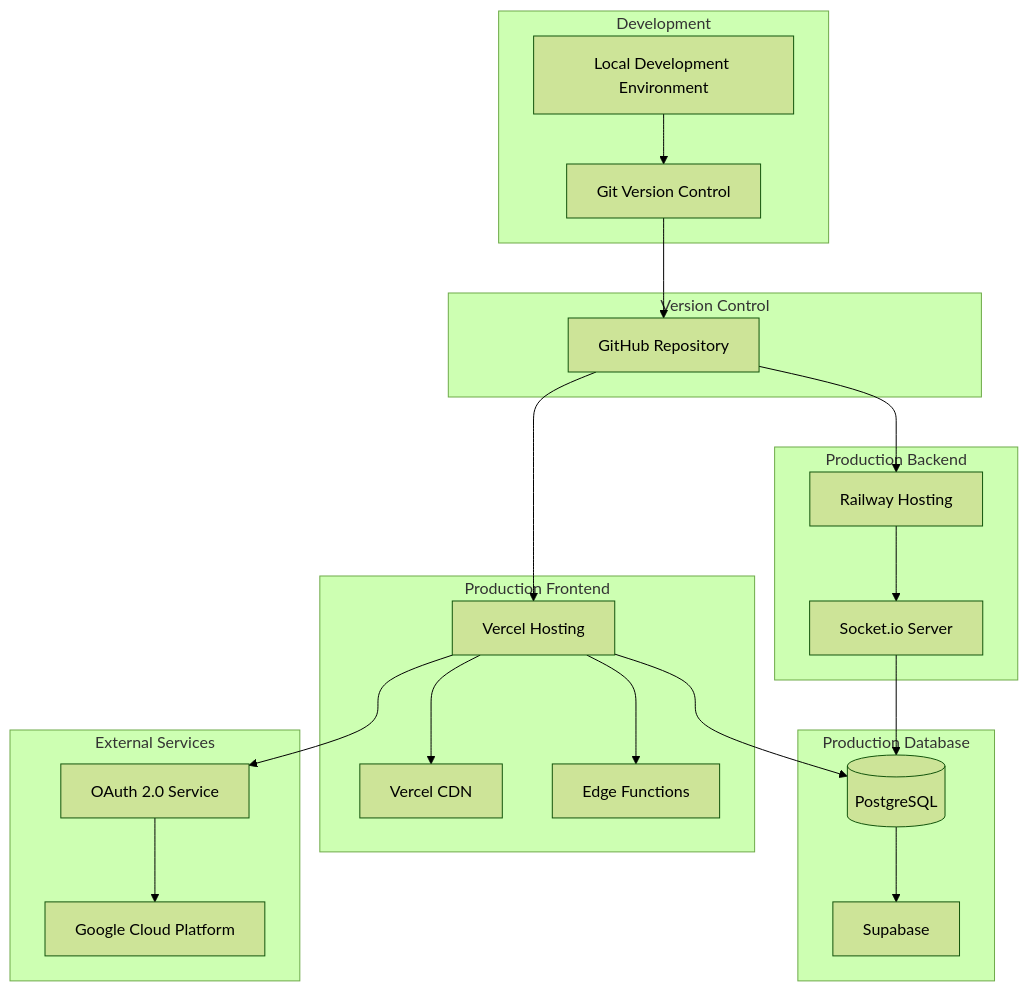
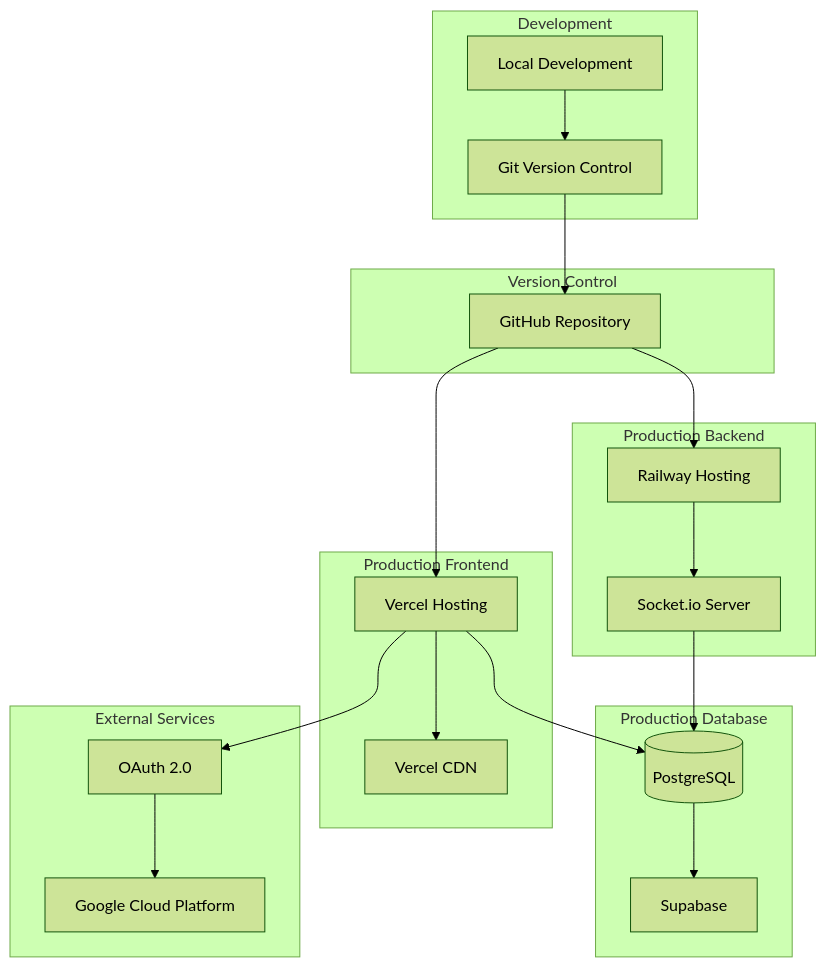
Diagram 17 of 24 in README.md (anshsharmacse/Real-time-Collaborative-Task-Manager), drawn with Mermaid (forest theme) before and after one commit. The commit also changed other lines of this file, not shown here.

````diff
--- a/README.md
+++ b/README.md
@@ -738,48 +755,46 @@
 ```mermaid
 graph TB
     subgraph Development
-        DEV[Local Development Environment]
+        DEV[Local Development]
         GIT[Git Version Control]
     end
     
     subgraph Version Control
         GH[GitHub Repository]
     end
     
     subgraph Production Frontend
         VC[Vercel Hosting]
         CDN[Vercel CDN]
-        EDGE[Edge Functions]
     end
     
     subgraph Production Backend
         RW[Railway Hosting]
         SOCK[Socket.io Server]
     end
     
     subgraph Production Database
         SB[Supabase]
         PG[(PostgreSQL)]
     end
     
     subgraph External Services
         GCP[Google Cloud Platform]
-        OAUTH[OAuth 2.0 Service]
+        OAUTH[OAuth 2.0]
     end
     
     DEV --> GIT
     GIT --> GH
     GH --> VC
     GH --> RW
     
     VC --> CDN
-    VC --> EDGE
     RW --> SOCK
     
     VC --> PG
     SOCK --> PG
     PG --> SB
     
     VC --> OAUTH
     OAUTH --> GCP
 ```
````
